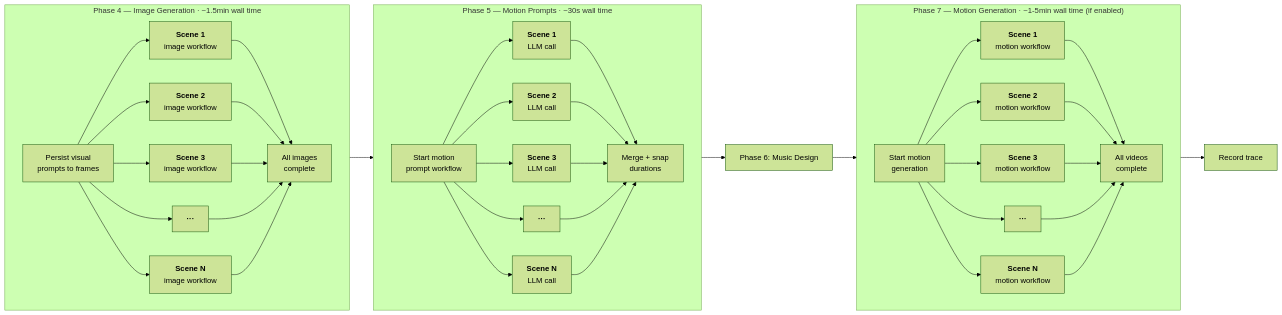
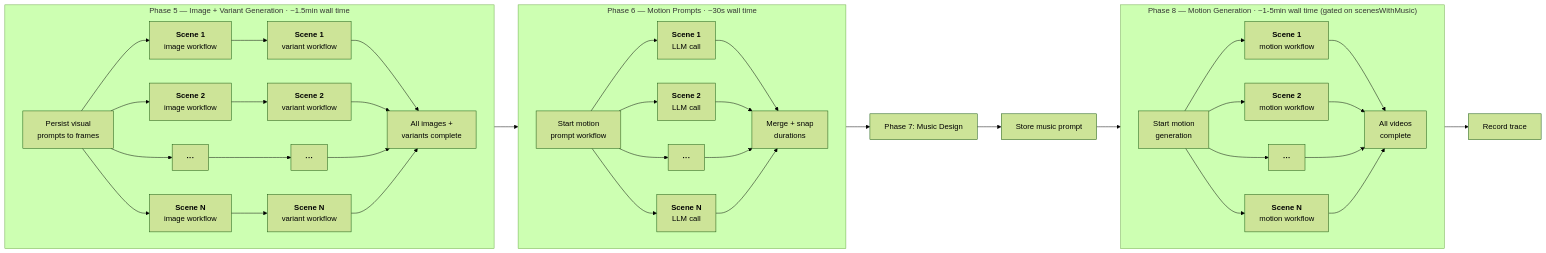
One commit to hhwjsw711/openstory changed the second of 6 diagrams in docs/workflow.md. Above: the diagram before and after it, drawn with Mermaid (forest theme). The commit also changed other lines of this file, not shown here.

Commit message:
Updated workflow diagram

````diff
--- a/docs/workflow.md
+++ b/docs/workflow.md
@@ -92,51 +103,50 @@
 ```mermaid
 flowchart LR
-    subgraph "Phase 4 — Image Generation · ~1.5min wall time"
+    subgraph "Phase 5 — Image + Variant Generation · ~1.5min wall time"
         direction LR
         ImgFork["Persist visual<br/>prompts to frames"] --> Img1["<b>Scene 1</b><br/>image workflow"]
         ImgFork --> Img2["<b>Scene 2</b><br/>image workflow"]
-        ImgFork --> Img3["<b>Scene 3</b><br/>image workflow"]
         ImgFork --> ImgDots["<b>···</b>"]
         ImgFork --> ImgN["<b>Scene N</b><br/>image workflow"]
-        Img1 --> ImgJoin["All images<br/>complete"]
-        Img2 --> ImgJoin
-        Img3 --> ImgJoin
-        ImgDots --> ImgJoin
-        ImgN --> ImgJoin
+        Img1 --> Var1["<b>Scene 1</b><br/>variant workflow"]
+        Img2 --> Var2["<b>Scene 2</b><br/>variant workflow"]
+        ImgDots --> VarDots["<b>···</b>"]
+        ImgN --> VarN["<b>Scene N</b><br/>variant workflow"]
+        Var1 --> ImgJoin["All images +<br/>variants complete"]
+        Var2 --> ImgJoin
+        VarDots --> ImgJoin
+        VarN --> ImgJoin
     end
 
     ImgJoin --> MPFork
 
-    subgraph "Phase 5 — Motion Prompts · ~30s wall time"
+    subgraph "Phase 6 — Motion Prompts · ~30s wall time"
         direction LR
         MPFork["Start motion<br/>prompt workflow"] --> MP1["<b>Scene 1</b><br/>LLM call"]
         MPFork --> MP2["<b>Scene 2</b><br/>LLM call"]
-        MPFork --> MP3["<b>Scene 3</b><br/>LLM call"]
         MPFork --> MPDots["<b>···</b>"]
         MPFork --> MPN["<b>Scene N</b><br/>LLM call"]
         MP1 --> MPJoin["Merge + snap<br/>durations"]
         MP2 --> MPJoin
-        MP3 --> MPJoin
         MPDots --> MPJoin
         MPN --> MPJoin
     end
 
-    MPJoin --> MusicDesign["Phase 6: Music Design"]
-    MusicDesign --> MotFork
+    MPJoin --> MusicDesign["Phase 7: Music Design"]
+    MusicDesign --> StoreMusicPrompt["Store music prompt"]
+    StoreMusicPrompt --> MotFork
 
-    subgraph "Phase 7 — Motion Generation · ~1-5min wall time (if enabled)"
+    subgraph "Phase 8 — Motion Generation · ~1-5min wall time (gated on scenesWithMusic)"
         direction LR
         MotFork["Start motion<br/>generation"] --> Mot1["<b>Scene 1</b><br/>motion workflow"]
         MotFork --> Mot2["<b>Scene 2</b><br/>motion workflow"]
-        MotFork --> Mot3["<b>Scene 3</b><br/>motion workflow"]
         MotFork --> MotDots["<b>···</b>"]
         MotFork --> MotN["<b>Scene N</b><br/>motion workflow"]
         Mot1 --> MotJoin["All videos<br/>complete"]
         Mot2 --> MotJoin
-        Mot3 --> MotJoin
         MotDots --> MotJoin
         MotN --> MotJoin
     end
 
     MotJoin --> Done["Record trace"]
 ```
````
